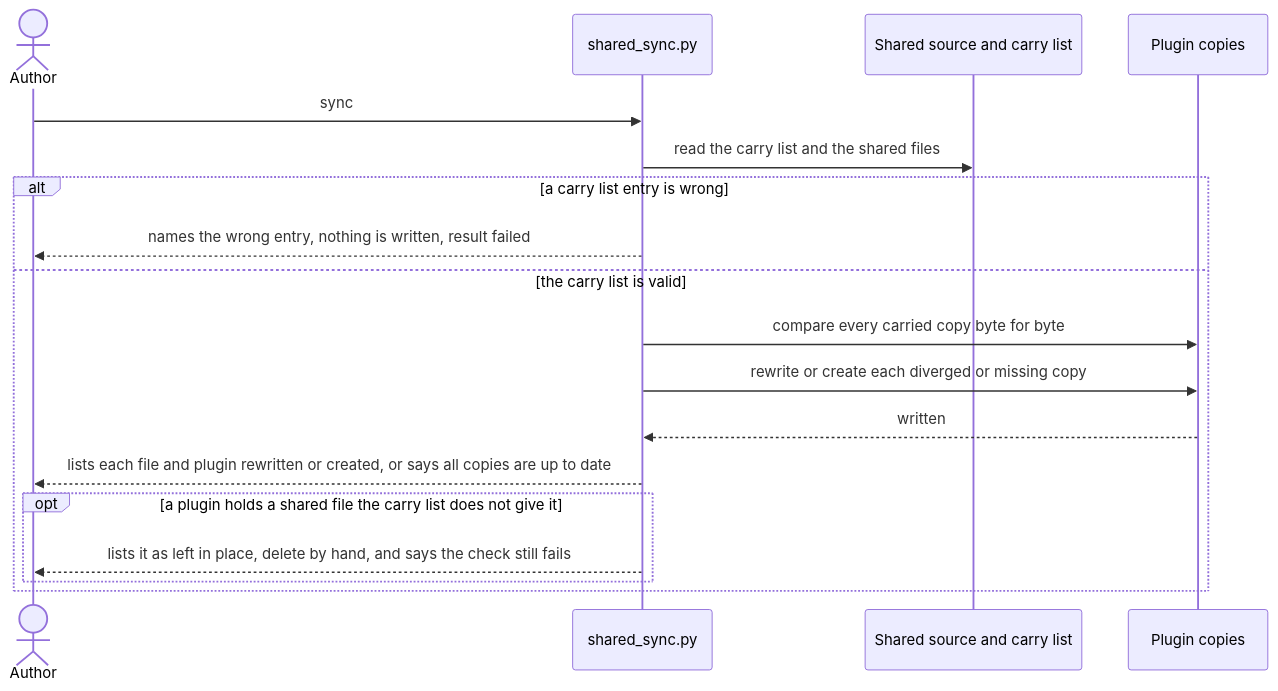
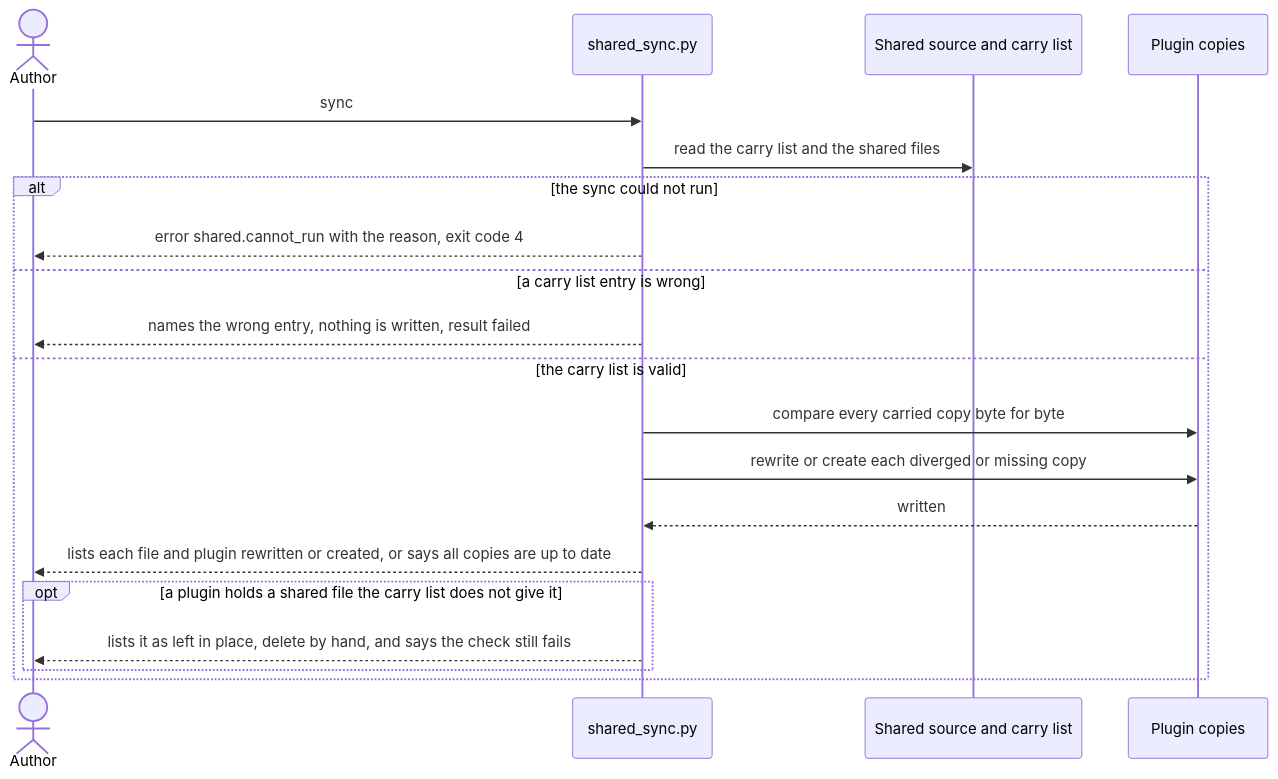
The third of 6 diagrams in docs/features/shared-detector/sad.md (ifurmandev/ukr-text-guard), drawn with Mermaid before and after one commit. The commit also changed other lines of this file and 4 other files, not shown here.

Commit message:
docs(shared-detector): close open questions, fix CLI root and sync exit 4

````diff
--- a/docs/features/shared-detector/sad.md
+++ b/docs/features/shared-detector/sad.md
@@ -166,20 +167,22 @@
 ```mermaid
 sequenceDiagram
     actor Author
     participant CLI as shared_sync.py
     participant Source as Shared source and carry list
     participant Copies as Plugin copies
     Author->>CLI: sync
     CLI->>Source: read the carry list and the shared files
-    alt a carry list entry is wrong
+    alt the sync could not run
+        CLI-->>Author: error shared.cannot_run with the reason, exit code 4
+    else a carry list entry is wrong
         CLI-->>Author: names the wrong entry, nothing is written, result failed
     else the carry list is valid
         CLI->>Copies: compare every carried copy byte for byte
         CLI->>Copies: rewrite or create each diverged or missing copy
         Copies-->>CLI: written
         CLI-->>Author: lists each file and plugin rewritten or created, or says all copies are up to date
         opt a plugin holds a shared file the carry list does not give it
             CLI-->>Author: lists it as left in place, delete by hand, and says the check still fails
         end
     end
 ```
````
